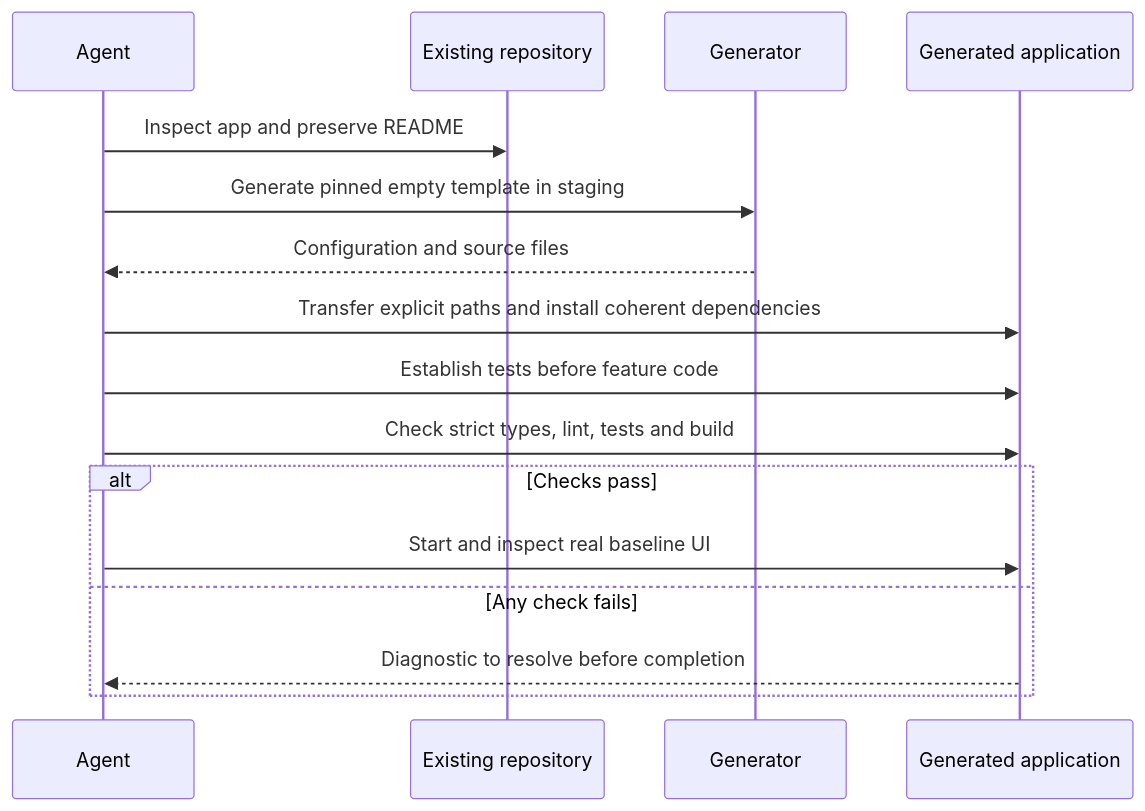
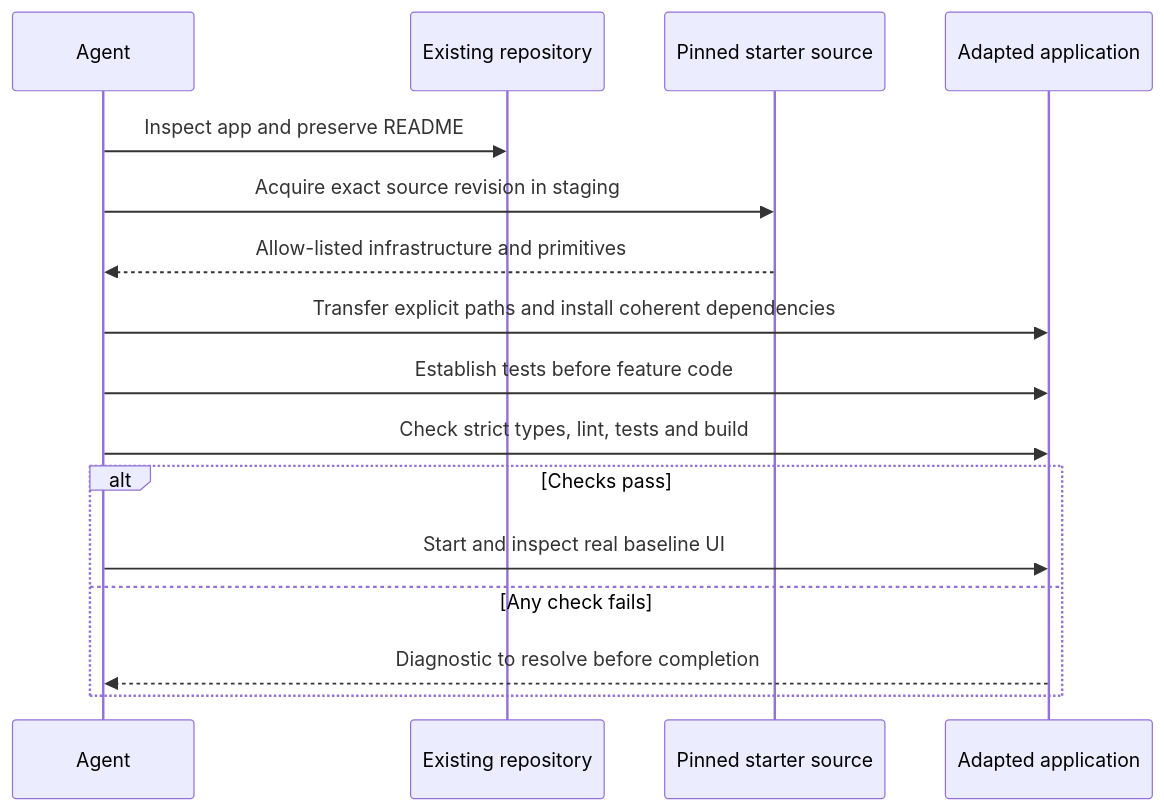
Before and after one commit to LucasMatuszewski/sii-vibe-coding-2026-10: the second of 2 diagrams in docs/ADR/001-project-initialization.md, drawn with Mermaid. The commit also changed other lines of this file and 5 other files, not shown here.

````diff
--- a/docs/ADR/001-project-initialization.md
+++ b/docs/ADR/001-project-initialization.md
@@ -145,18 +151,18 @@
 ```mermaid
 sequenceDiagram
     participant Agent
     participant Scaffold as Existing repository
-    participant Generator
-    participant App as Generated application
+    participant Starter as Pinned starter source
+    participant App as Adapted application
     Agent->>Scaffold: Inspect app and preserve README
-    Agent->>Generator: Generate pinned empty template in staging
-    Generator-->>Agent: Configuration and source files
+    Agent->>Starter: Acquire exact source revision in staging
+    Starter-->>Agent: Allow-listed infrastructure and primitives
     Agent->>App: Transfer explicit paths and install coherent dependencies
     Agent->>App: Establish tests before feature code
     Agent->>App: Check strict types, lint, tests and build
     alt Checks pass
         Agent->>App: Start and inspect real baseline UI
     else Any check fails
         App-->>Agent: Diagnostic to resolve before completion
     end
 ```
````
